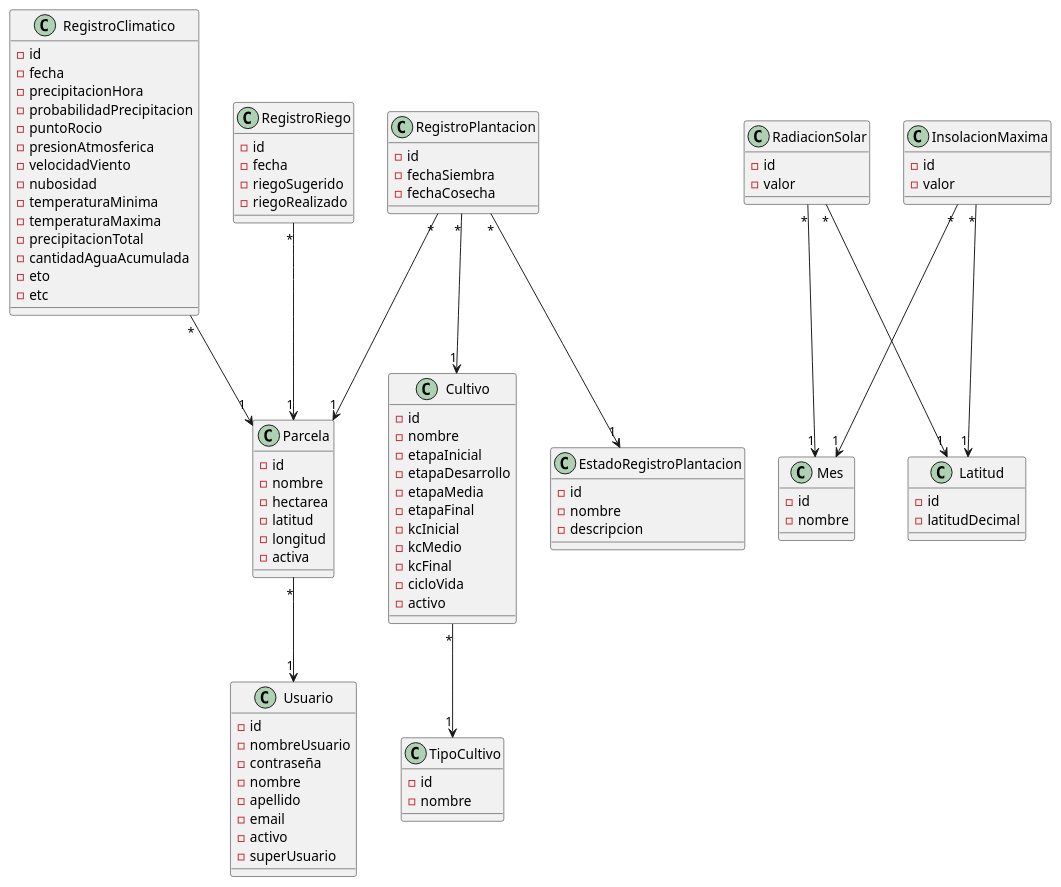
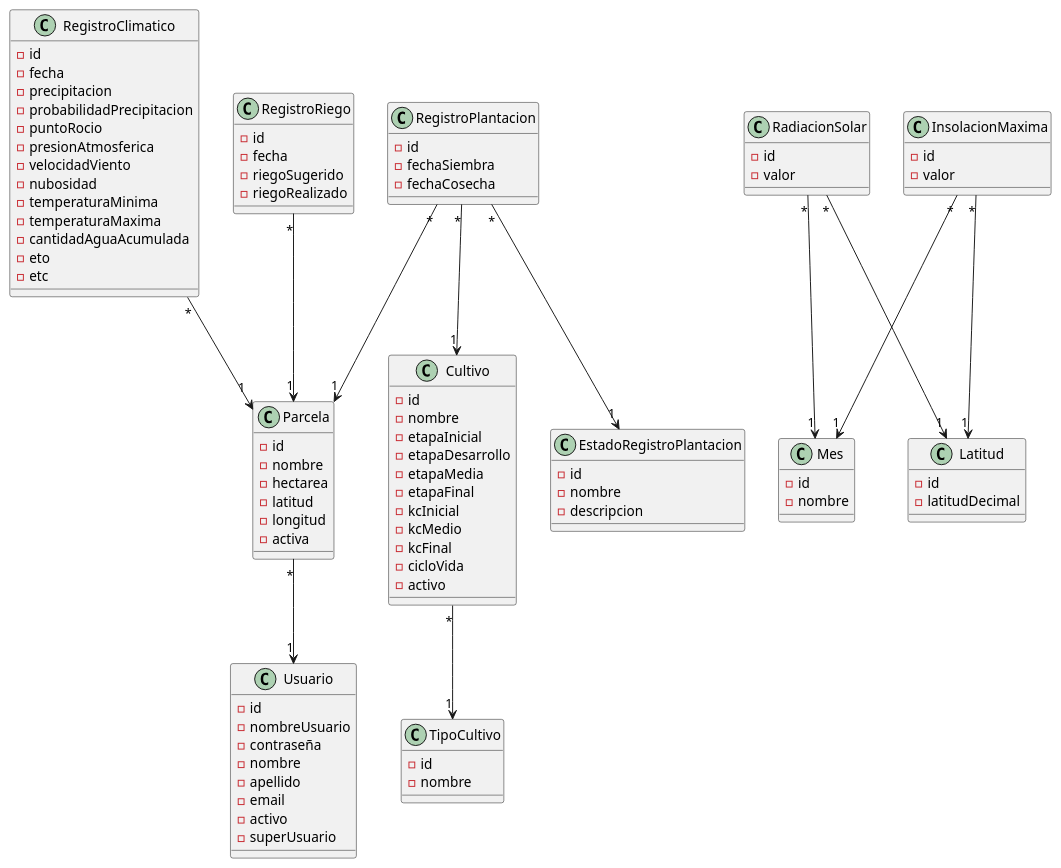
One commit to facundopaez-dev/sistema-web-riego changed the diagram in domain model/Modelo de dominio.pu. Above: the diagram before and after it, drawn with PlantUML. The commit also changed 10 other files, not shown here.

```diff
--- a/domain model/Modelo de dominio.pu
+++ b/domain model/Modelo de dominio.pu
@@ -1,110 +1,109 @@
 @startuml
 
 Parcela "*"-->"1" Usuario
 RegistroClimatico "*"-->"1" Parcela
 RegistroRiego "*"-->"1" Parcela
 RegistroPlantacion "*"-->"1" Parcela
 RegistroPlantacion "*"-->"1" Cultivo
 RegistroPlantacion "*"-->"1" EstadoRegistroPlantacion
 RadiacionSolar "*"-->"1" Mes
 RadiacionSolar "*"-->"1" Latitud
 InsolacionMaxima "*"-->"1" Mes
 InsolacionMaxima "*"-->"1" Latitud
 Cultivo "*"-->"1" TipoCultivo
 
 class Parcela {
 -id
 -nombre
 -hectarea
 -latitud
 -longitud
 -activa
 }
 
 class Cultivo {
 -id
 -nombre
 -etapaInicial
 -etapaDesarrollo
 -etapaMedia
 -etapaFinal
 -kcInicial
 -kcMedio
 -kcFinal
 -cicloVida
 -activo
 }
 
 class TipoCultivo {
 -id
 -nombre
 }
 
 class RegistroClimatico {
 -id
 -fecha
--precipitacionHora
+-precipitacion
 -probabilidadPrecipitacion
 -puntoRocio
 -presionAtmosferica
 -velocidadViento
 -nubosidad
 -temperaturaMinima
 -temperaturaMaxima
--precipitacionTotal
 -cantidadAguaAcumulada
 -eto
 -etc
 }
 
 class RegistroPlantacion {
 -id
 -fechaSiembra
 -fechaCosecha
 }
 
 class RegistroRiego {
 -id
 -fecha
 -riegoSugerido
 -riegoRealizado
 }
 
 class Usuario {
 -id
 -nombreUsuario
 -contraseña
 -nombre
 -apellido
 -email
 -activo
 -superUsuario
 }
 
 class EstadoRegistroPlantacion {
 -id
 -nombre
 -descripcion
 }
 
 class Mes {
 -id
 -nombre
 }
 
 class Latitud {
 -id
 -latitudDecimal
 }
 
 class RadiacionSolar {
 -id
 -valor
 }
 
 class InsolacionMaxima {
 -id
 -valor
 }
 
 @enduml
```
